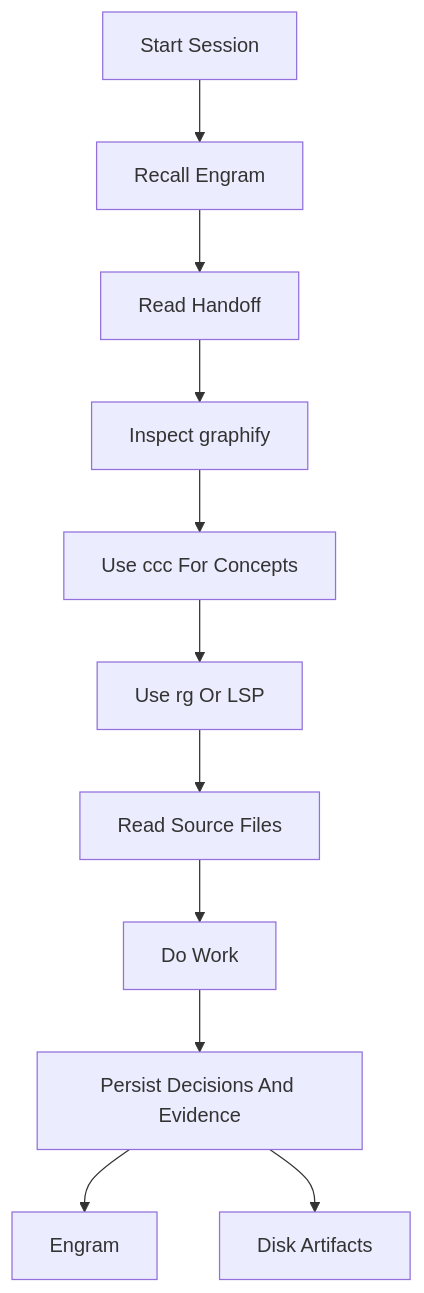
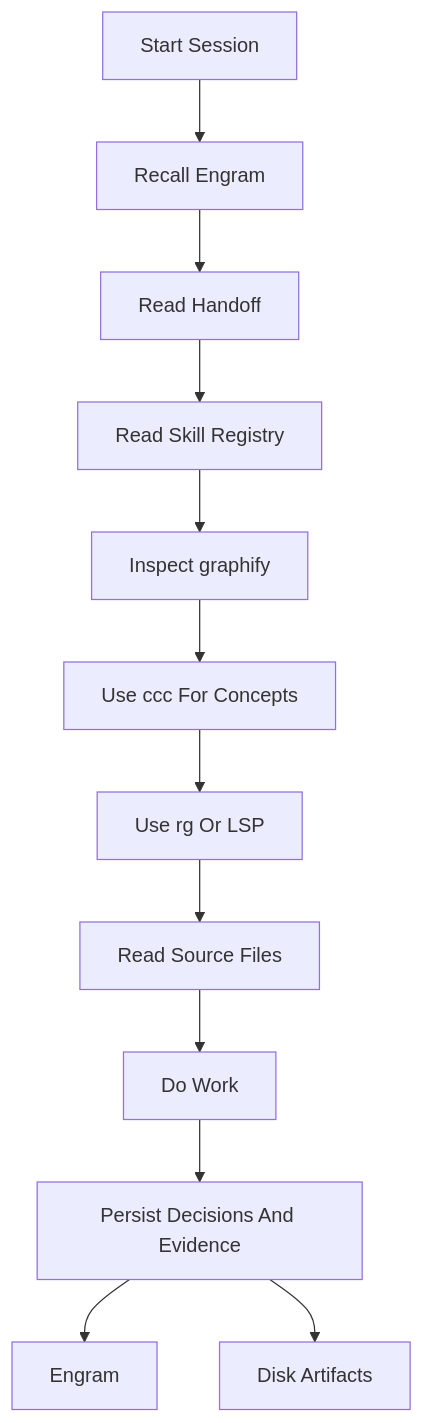
Before and after one commit to devopstales/aiskillgrid: the second of 2 diagrams in docs/06-memory-and-indexing.md, drawn with Mermaid. The commit also changed other lines of this file and 28 other files, not shown here.

````diff
--- a/docs/06-memory-and-indexing.md
+++ b/docs/06-memory-and-indexing.md
@@ -126,13 +151,14 @@
 ```mermaid
 flowchart TD
   Start[Start Session] --> Recall[Recall Engram]
   Recall --> Handoff[Read Handoff]
-  Handoff --> Map[Inspect graphify]
+  Handoff --> Registry[Read Skill Registry]
+  Registry --> Map[Inspect graphify]
   Map --> Semantic[Use ccc For Concepts]
   Semantic --> Exact[Use rg Or LSP]
   Exact --> Read[Read Source Files]
   Read --> Work[Do Work]
   Work --> Persist[Persist Decisions And Evidence]
   Persist --> Engram
   Persist --> Disk[Disk Artifacts]
 ```
````
